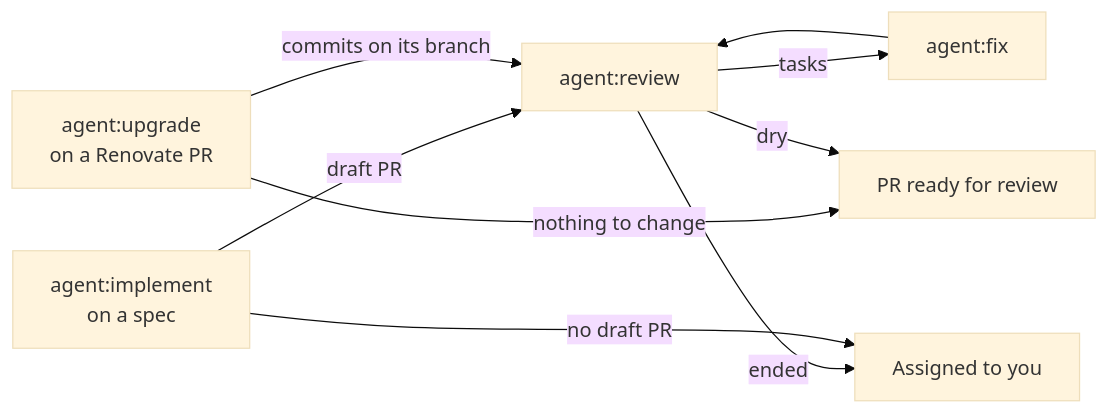
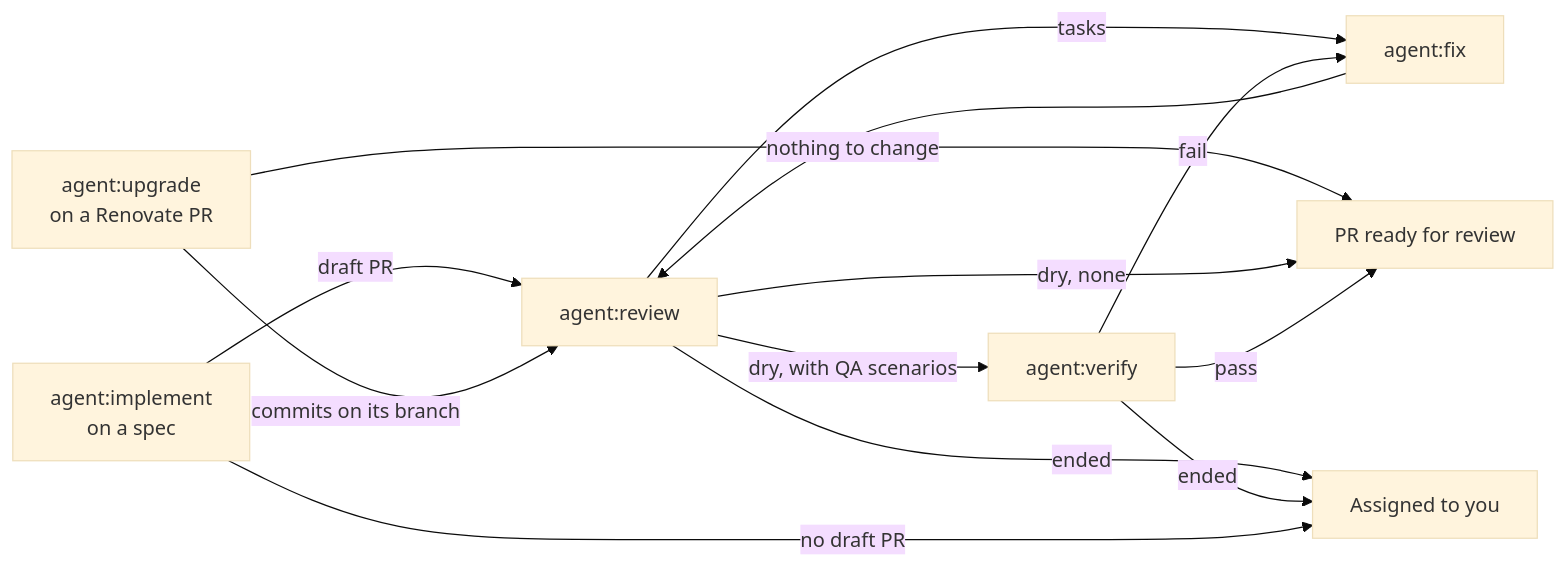
The second of 2 diagrams in apps/software-factory/README.md (jd-solanki/ai), drawn with Mermaid (base theme) before and after one commit. The commit also changed other lines of this file and 7 other files, not shown here.

First line of the commit message:
feat(software-factory): hand a dry review to the Verifier with agent:verify

````diff
--- a/apps/software-factory/README.md
+++ b/apps/software-factory/README.md
@@ -205,10 +209,14 @@
 ```mermaid
 flowchart LR
   I["agent:implement<br/>on a spec"] -->|"draft PR"| R["agent:review"]
   A["agent:upgrade<br/>on a Renovate PR"] -->|"commits on its branch"| R
   A -->|"nothing to change"| D
   R -->|"tasks"| X["agent:fix"] --> R
-  R -->|"dry"| D["PR ready for review"]
+  R -->|"dry, with QA scenarios"| V["agent:verify"]
+  R -->|"dry, none"| D["PR ready for review"]
+  V -->|"pass"| D
+  V -->|"fail"| X
   R -->|"ended"| H["Assigned to you"]
+  V -->|"ended"| H
   I -->|"no draft PR"| H
 ```
````
